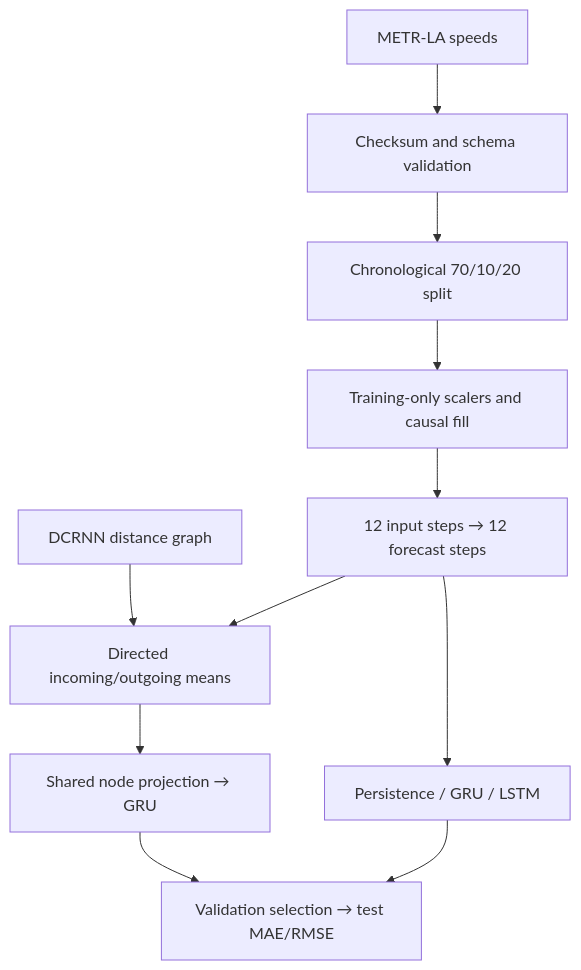
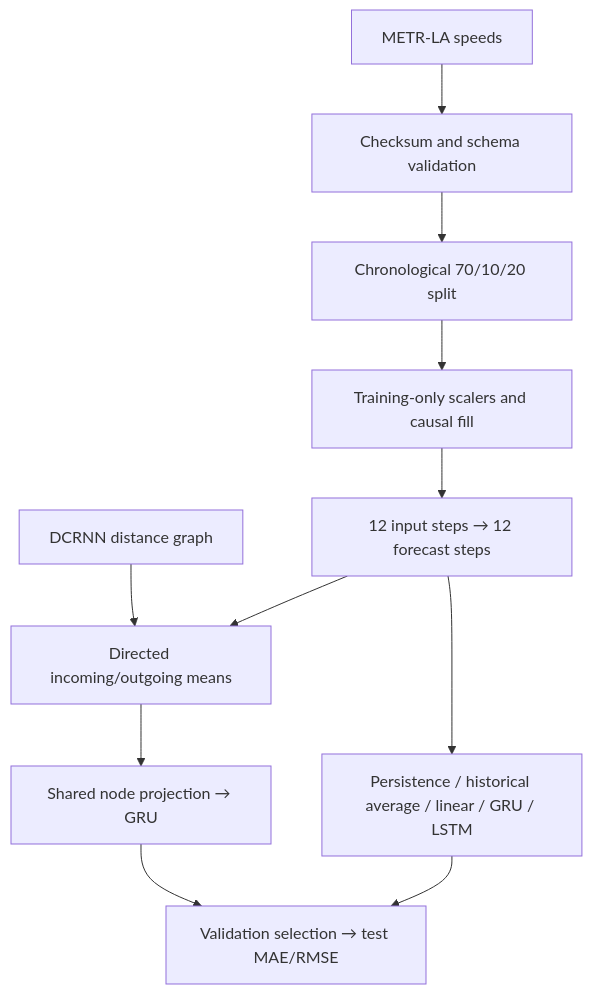
The diagram in README.md (ivanimmanuel-dev/TraCast), drawn with Mermaid before and after one commit. The commit also changed other lines of this file and 58 other files, not shown here.

````diff
--- a/README.md
+++ b/README.md
@@ -79,13 +129,13 @@
 ```mermaid
 flowchart TD
     D[METR-LA speeds] --> V[Checksum and schema validation]
     T[DCRNN distance graph] --> G[Directed incoming/outgoing means]
     V --> S[Chronological 70/10/20 split]
     S --> N[Training-only scalers and causal fill]
     N --> W[12 input steps → 12 forecast steps]
-    W --> R[Persistence / GRU / LSTM]
+    W --> R[Persistence / historical average / linear / GRU / LSTM]
     W --> G
     G --> H[Shared node projection → GRU]
     R --> E[Validation selection → test MAE/RMSE]
     H --> E
 ```
````
